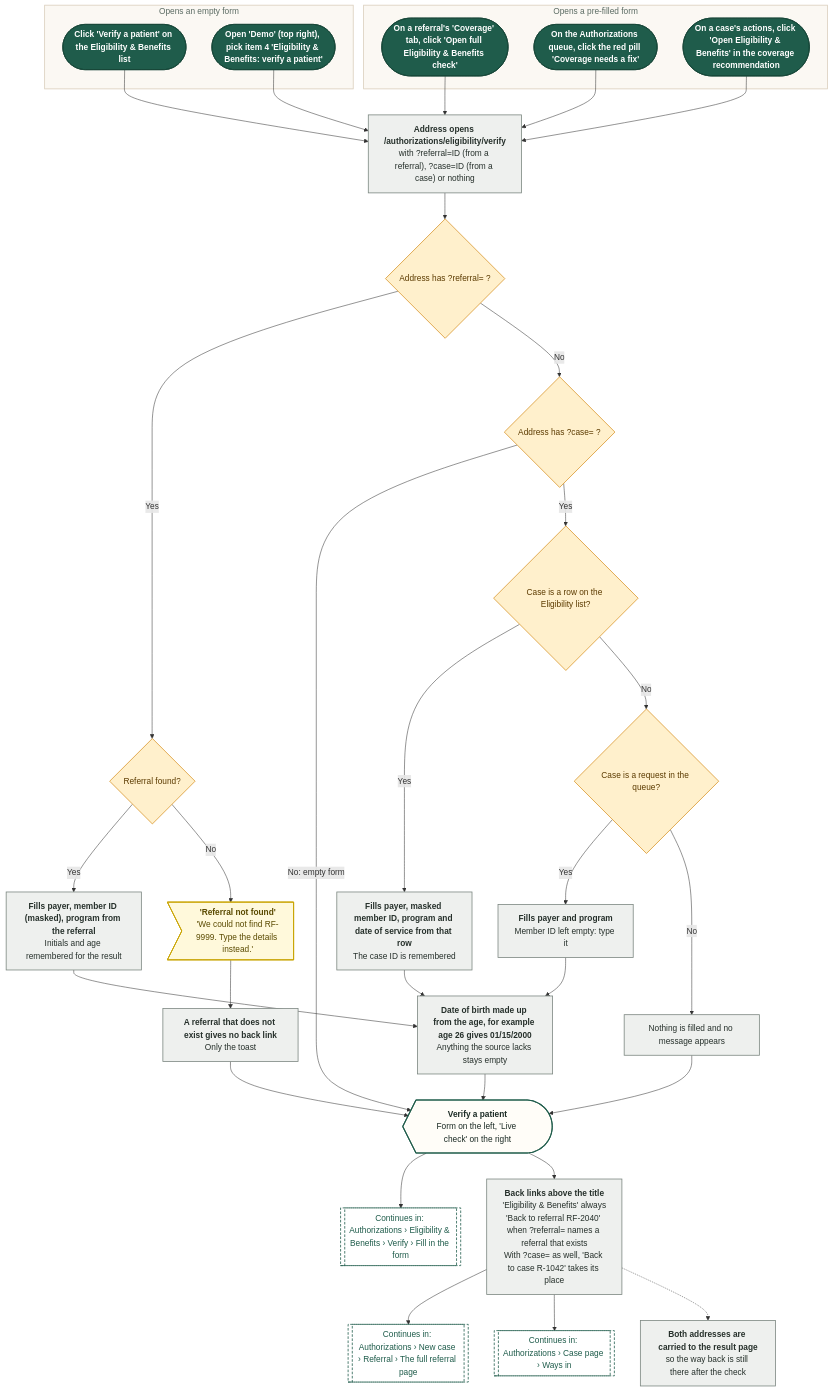
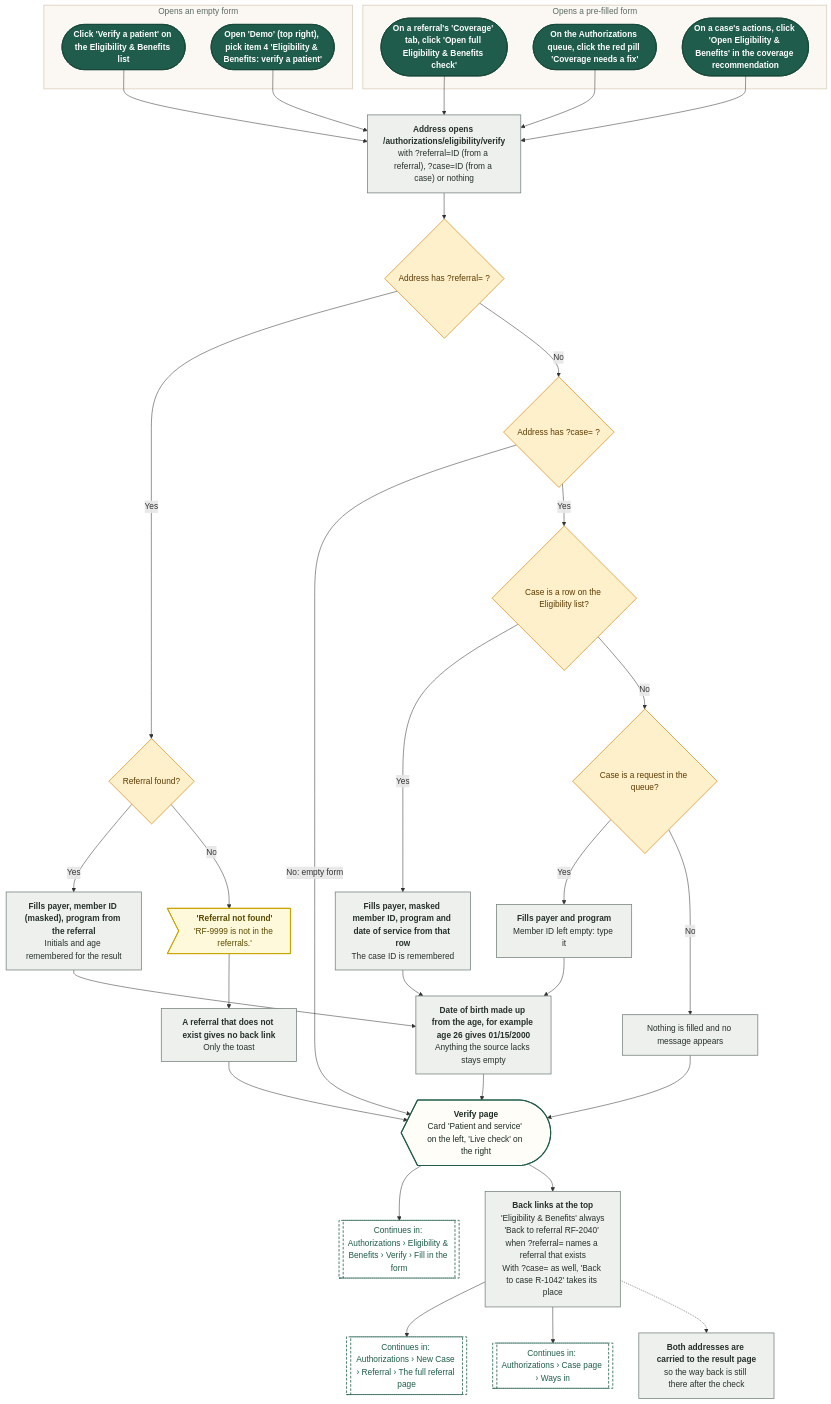
The fourth of 28 diagrams in demos/prior-auth-demo/workflows/out/md/05-eligibility.md (Shrav143/psyfloapp), drawn with Mermaid before and after one commit. The commit also changed other lines of this file and 202 other files, not shown here.

First line of the commit message:
docs: round 6 README, CONVENTIONS, spec section 17, diagram module blurbs and 336 rebuilt diagrams

````diff
--- a/demos/prior-auth-demo/workflows/out/md/05-eligibility.md
+++ b/demos/prior-auth-demo/workflows/out/md/05-eligibility.md
@@ -319,76 +251,76 @@
 ```mermaid
 %%{init: {"theme":"base","themeVariables":{"fontFamily":"'DM Sans', 'Segoe UI', system-ui, sans-serif","fontSize":"15px","lineColor":"#5B6B63","primaryTextColor":"#1C2B25","clusterBkg":"#FBF8F3","clusterBorder":"#D9CDBB","edgeLabelBackground":"#FFFFFF"},"flowchart":{"curve":"basis","nodeSpacing":36,"rankSpacing":48,"padding":12,"htmlLabels":true,"useMaxWidth":false,"wrappingWidth":230}} }%%
 flowchart TD
   classDef k_start fill:#1F5C4B,stroke:#174638,color:#FFFFFF,stroke-width:1.5px,font-weight:600
   classDef k_end fill:#DDEFE3,stroke:#2E7D4F,color:#14502F,stroke-width:1.5px,font-weight:600
   classDef k_endx fill:#FBE3E0,stroke:#C0392B,color:#7A1F16,stroke-width:1.5px,font-weight:600
   classDef k_screen fill:#FFFDF8,stroke:#1F5C4B,color:#1C2B25,stroke-width:2px
   classDef k_overlay fill:#F1F7F3,stroke:#1F5C4B,color:#1C2B25,stroke-width:2px,stroke-dasharray:5 3
   classDef k_click fill:#DCEBFA,stroke:#2F6DB5,color:#12365F,stroke-width:1.5px
   classDef k_input fill:#E4E7FF,stroke:#4C5FD5,color:#1D2670,stroke-width:1.5px
   classDef k_process fill:#EEF0EE,stroke:#7A857F,color:#26302B,stroke-width:1.5px
   classDef k_agent fill:#EEE5FA,stroke:#7A4FC2,color:#341A63,stroke-width:1.5px
   classDef k_decision fill:#FFF0CC,stroke:#D9962B,color:#5C3B00,stroke-width:1.5px
   classDef k_store fill:#D5F0EA,stroke:#1C8E7B,color:#0B4A3F,stroke-width:1.5px
   classDef k_doc fill:#F6E9DC,stroke:#B07A4C,color:#4A2E14,stroke-width:1.5px
   classDef k_ext fill:#FFE6D2,stroke:#E07B39,color:#6B2F06,stroke-width:1.5px
   classDef k_wait fill:#E4E8EE,stroke:#6B7C93,color:#26303D,stroke-width:1.5px
   classDef k_toast fill:#FFF9DB,stroke:#C9A400,color:#5A4A00,stroke-width:1.5px
   classDef k_goto fill:#FFFFFF,stroke:#1F5C4B,color:#1F5C4B,stroke-width:1.5px,stroke-dasharray:5 3
   subgraph gBlank ["Opens an empty form"]
   a1@{ shape: stadium, label: "Click 'Verify a patient' on the Eligibility & Benefits list" }
   a2@{ shape: stadium, label: "Open 'Demo' (top right), pick item 4 'Eligibility & Benefits: verify a patient'" }
   end
   subgraph gLinked ["Opens a pre-filled form"]
   a3@{ shape: stadium, label: "On a referral's 'Coverage' tab, click 'Open full Eligibility & Benefits check'" }
   a4@{ shape: stadium, label: "On the Authorizations queue, click the red pill 'Coverage needs a fix'" }
   a5@{ shape: stadium, label: "On a case's actions, click 'Open Eligibility & Benefits' in the coverage recommendation" }
   end
   p0@{ shape: rect, label: "<b>Address opens /authorizations/eligibility/verify</b><br/>with ?referral=ID (from a referral), ?case=ID (from a case) or nothing" }
   q1@{ shape: diam, label: "Address has ?referral= ?" }
   q2@{ shape: diam, label: "Referral found?" }
   p1@{ shape: rect, label: "<b>Fills payer, member ID (masked), program from the referral</b><br/>Initials and age remembered for the result" }
-  t1@{ shape: odd, label: "<b>'Referral not found'</b><br/>'We could not find RF-9999. Type the details instead.'" }
+  t1@{ shape: odd, label: "<b>'Referral not found'</b><br/>'RF-9999 is not in the referrals.'" }
   q3@{ shape: diam, label: "Address has ?case= ?" }
   q4@{ shape: diam, label: "Case is a row on the Eligibility list?" }
   p2@{ shape: rect, label: "<b>Fills payer, masked member ID, program and date of service from that row</b><br/>The case ID is remembered" }
   q5@{ shape: diam, label: "Case is a request in the queue?" }
   p3@{ shape: rect, label: "<b>Fills payer and program</b><br/>Member ID left empty: type it" }
   p4@{ shape: rect, label: "Nothing is filled and no message appears" }
   p5@{ shape: rect, label: "<b>Date of birth made up from the age, for example age 26 gives 01/15/2000</b><br/>Anything the source lacks stays empty" }
-  sc@{ shape: curv-trap, label: "<b>Verify a patient</b><br/>Form on the left, 'Live check' on the right" }
-  bk@{ shape: rect, label: "<b>Back links above the title</b><br/>'Eligibility & Benefits' always<br/>'Back to referral RF-2040' when ?referral= names a referral that exists<br/>With ?case= as well, 'Back to case R-1042' takes its place" }
+  sc@{ shape: curv-trap, label: "<b>Verify page</b><br/>Card 'Patient and service' on the left, 'Live check' on the right" }
+  bk@{ shape: rect, label: "<b>Back links at the top</b><br/>'Eligibility & Benefits' always<br/>'Back to referral RF-2040' when ?referral= names a referral that exists<br/>With ?case= as well, 'Back to case R-1042' takes its place" }
   nb@{ shape: rect, label: "<b>A referral that does not exist gives no back link</b><br/>Only the toast" }
   cy@{ shape: rect, label: "<b>Both addresses are carried to the result page</b><br/>so the way back is still there after the check" }
   g1@{ shape: subproc, label: "Continues in: Authorizations › Eligibility & Benefits › Verify › Fill in the form" }
-  g2@{ shape: subproc, label: "Continues in: Authorizations › New case › Referral › The full referral page" }
+  g2@{ shape: subproc, label: "Continues in: Authorizations › New Case › Referral › The full referral page" }
   g3@{ shape: subproc, label: "Continues in: Authorizations › Case page › Ways in" }
   a1 --> p0
   a2 --> p0
   a3 --> p0
   a4 --> p0
   a5 --> p0
   p0 --> q1
   q1 -->|"Yes"| q2
   q2 -->|"Yes"| p1 --> p5 --> sc
   q2 -->|"No"| t1 --> nb --> sc
   q1 -->|"No"| q3
   q3 -->|"No: empty form"| sc
   q3 -->|"Yes"| q4
   q4 -->|"Yes"| p2 --> p5
   q4 -->|"No"| q5
   q5 -->|"Yes"| p3 --> p5
   q5 -->|"No"| p4 --> sc
   sc --> g1
   sc --> bk
   bk --> g2 & g3
   bk -.-> cy
   class a1,a2,a3,a4,a5 k_start
   class p0,p1,p2,p3,p4,p5,bk,nb,cy k_process
   class q1,q2,q3,q4,q5 k_decision
   class t1 k_toast
   class sc k_screen
   class g1,g2,g3 k_goto
   style gBlank fill:#FBF8F3,stroke:#D9CDBB,stroke-width:1.5px,color:#5B6B63
   style gLinked fill:#FBF8F3,stroke:#D9CDBB,stroke-width:1.5px,color:#5B6B63
 ```
````
